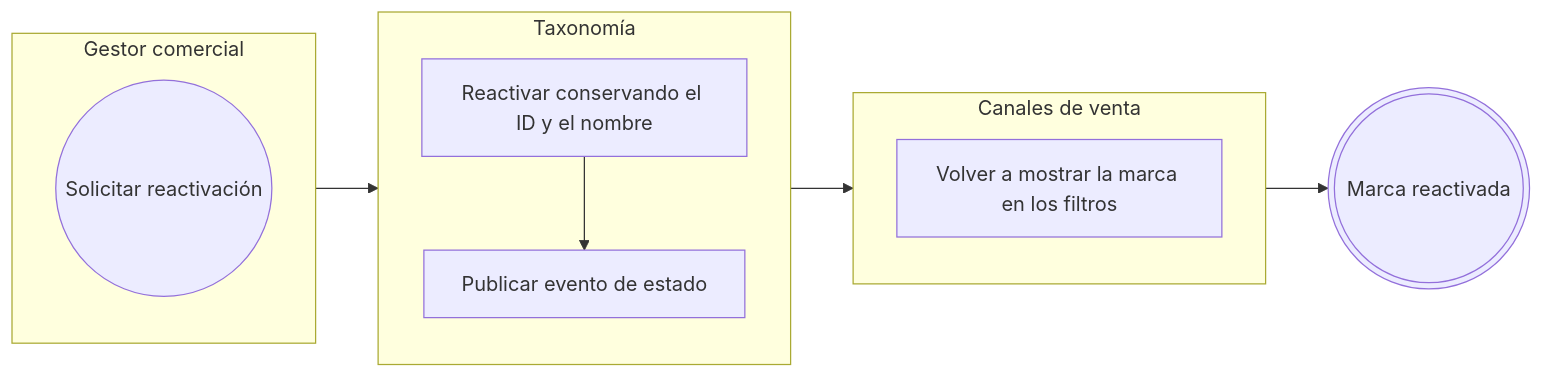
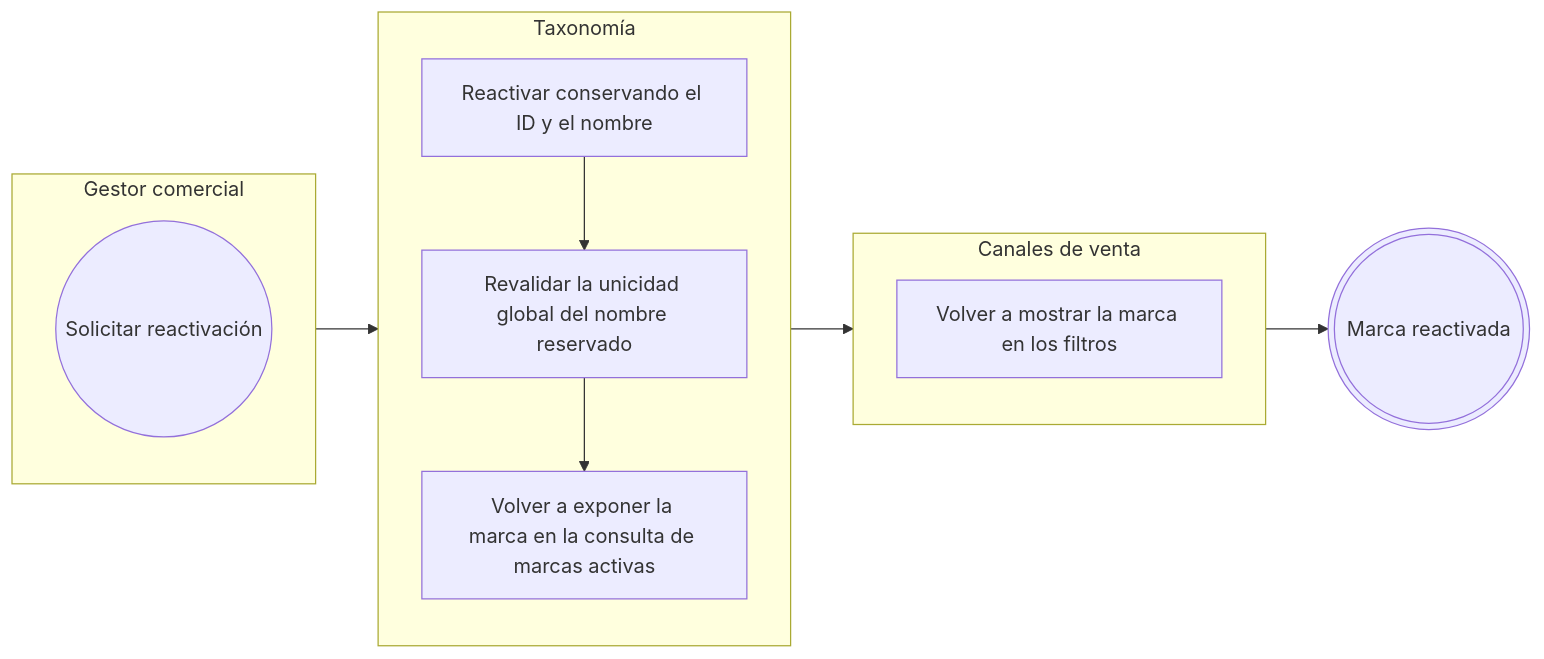
Before and after one commit to Taller-SW-Web/G6-Productos-Ofertas-docs: the fourth of 5 diagrams in flujos/FLOW-011-gestion-marcas.md, drawn with Mermaid. The commit also changed other lines of this file and 18 other files, not shown here.

````diff
--- a/flujos/FLOW-011-gestion-marcas.md
+++ b/flujos/FLOW-011-gestion-marcas.md
@@ -167,26 +169,28 @@
 ```mermaid
 flowchart LR
 
     subgraph GESTOR["Gestor comercial"]
         direction TB
         INICIO((Solicitar reactivación))
     end
 
     subgraph TAXONOMIA["Taxonomía"]
         direction TB
         T1["Reactivar conservando el ID y el nombre"]
-        T2["Publicar evento de estado"]
+        T2["Revalidar la unicidad global del nombre reservado"]
+        T3["Volver a exponer la marca en la consulta de marcas activas"]
     end
 
     subgraph CANALES["Canales de venta"]
         direction TB
         C1["Volver a mostrar la marca en los filtros"]
     end
 
     FIN_REACTIVADA(((Marca reactivada)))
 
     INICIO --> T1
     T1 --> T2
-    T2 --> C1
+    T2 --> T3
+    T3 --> C1
     C1 --> FIN_REACTIVADA
 ```
````
